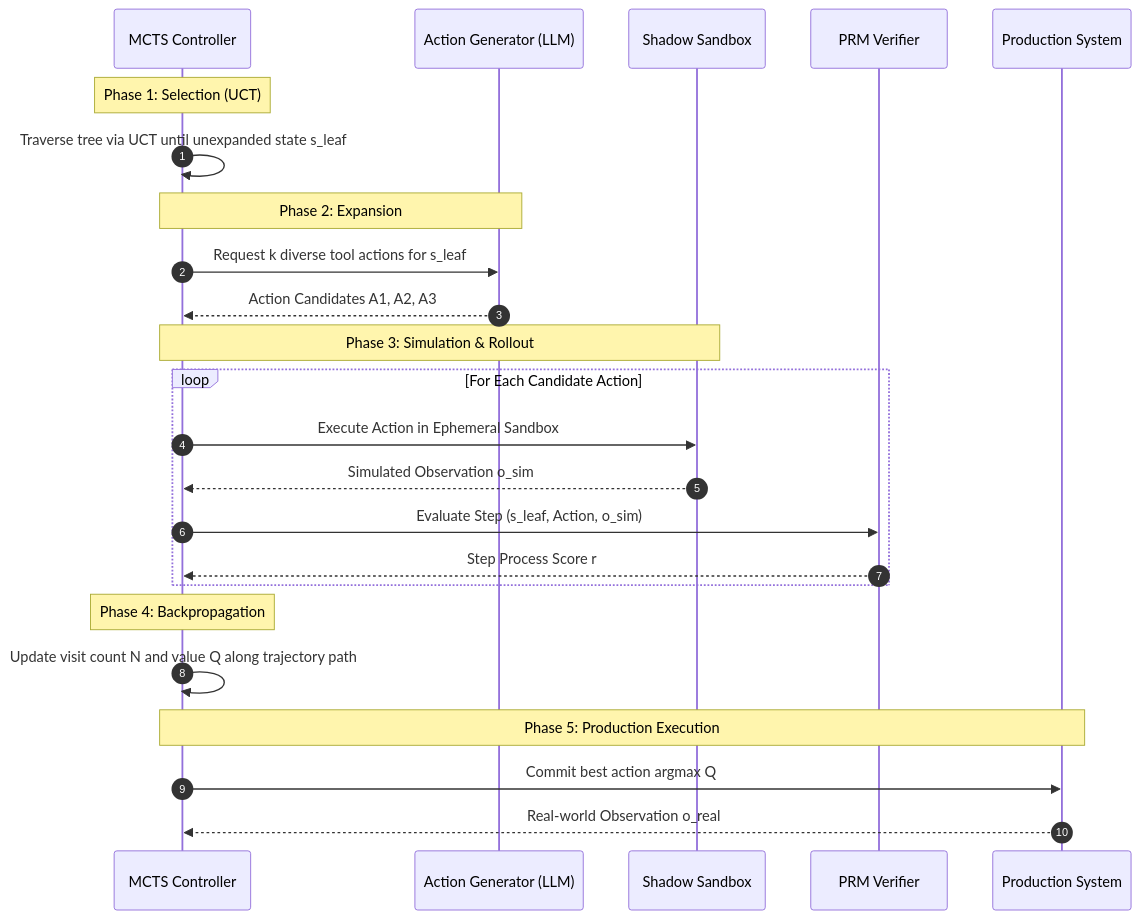
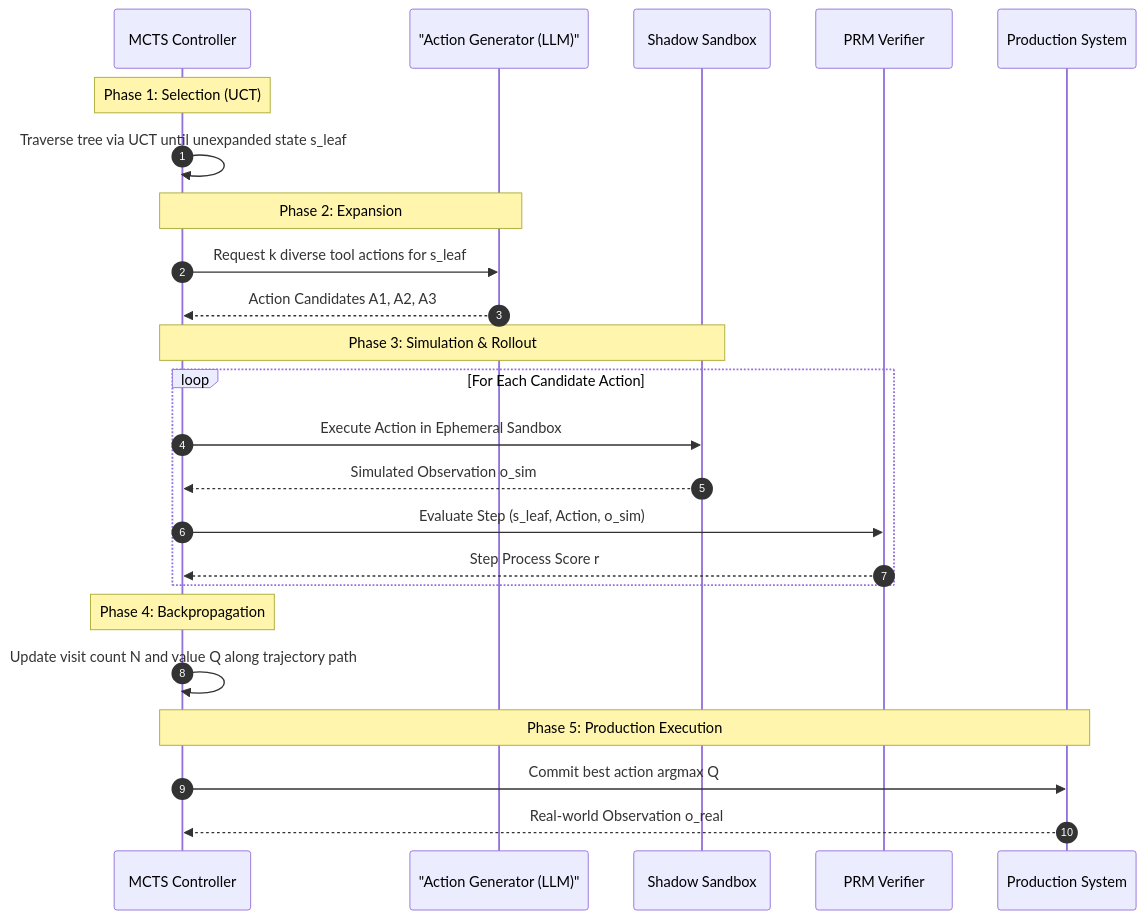
Before and after one commit to prethiv/Agentic-AI-Case-studies: the second of 2 diagrams in case-studies/12-agentic-test-time-compute-mcts/README.md, drawn with Mermaid. The commit also changed 12 other files, not shown here.

Commit message:
fix(mermaid): resolve syntax errors under Mermaid 11.17.2 and add diagram integrity unit tests

````diff
--- a/case-studies/12-agentic-test-time-compute-mcts/README.md
+++ b/case-studies/12-agentic-test-time-compute-mcts/README.md
@@ -137,31 +137,31 @@
 ```mermaid
 sequenceDiagram
     autonumber
     participant MCTS as MCTS Controller
-    participant Gen as Action Generator (LLM)
+    participant Gen as "Action Generator (LLM)"
     participant Sim as Shadow Sandbox
     participant PRM as PRM Verifier
     participant Env as Production System
 
     Note over MCTS: Phase 1: Selection (UCT)
     MCTS->>MCTS: Traverse tree via UCT until unexpanded state s_leaf
 
     Note over MCTS,Gen: Phase 2: Expansion
     MCTS->>Gen: Request k diverse tool actions for s_leaf
     Gen-->>MCTS: Action Candidates A1, A2, A3
 
     Note over MCTS,Sim: Phase 3: Simulation & Rollout
     loop For Each Candidate Action
         MCTS->>Sim: Execute Action in Ephemeral Sandbox
         Sim-->>MCTS: Simulated Observation o_sim
         MCTS->>PRM: Evaluate Step (s_leaf, Action, o_sim)
         PRM-->>MCTS: Step Process Score r
     end
 
     Note over MCTS: Phase 4: Backpropagation
     MCTS->>MCTS: Update visit count N and value Q along trajectory path
 
     Note over MCTS,Env: Phase 5: Production Execution
     MCTS->>Env: Commit best action argmax Q
     Env-->>MCTS: Real-world Observation o_real
 ```
````
